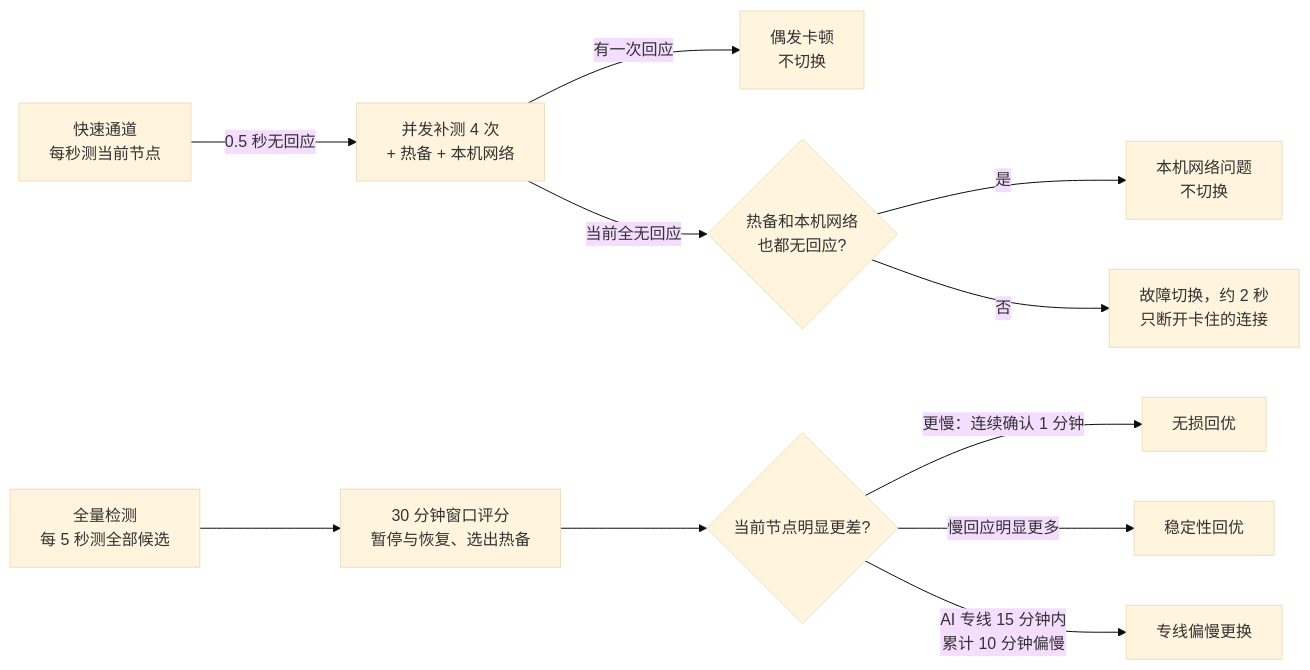
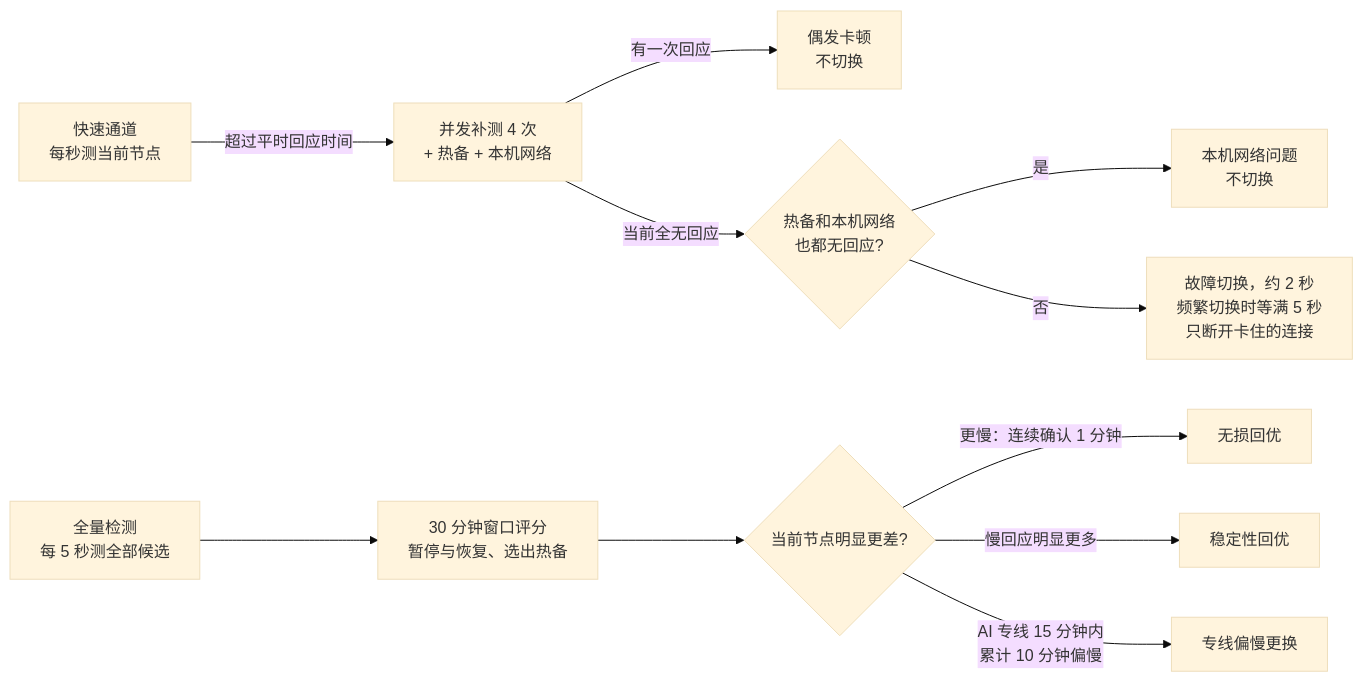
Before and after one commit to z13141557217-web/steadyroute: the diagram in README.md, drawn with Mermaid (base theme). The commit also changed other lines of this file and 22 other files, not shown here.

````diff
--- a/README.md
+++ b/README.md
@@ -125,13 +125,13 @@
 ```mermaid
 flowchart LR
-    A[快速通道<br/>每秒测当前节点] -->|0.5 秒无回应| B[并发补测 4 次<br/>+ 热备 + 本机网络]
+    A[快速通道<br/>每秒测当前节点] -->|超过平时回应时间| B[并发补测 4 次<br/>+ 热备 + 本机网络]
     B -->|有一次回应| K[偶发卡顿<br/>不切换]
     B -->|当前全无回应| C{热备和本机网络<br/>也都无回应?}
     C -->|是| D[本机网络问题<br/>不切换]
-    C -->|否| E[故障切换，约 2 秒<br/>只断开卡住的连接]
+    C -->|否| E[故障切换，约 2 秒<br/>频繁切换时等满 5 秒<br/>只断开卡住的连接]
     F[全量检测<br/>每 5 秒测全部候选] --> G[30 分钟窗口评分<br/>暂停与恢复、选出热备]
     G --> H{当前节点明显更差?}
     H -->|更慢：连续确认 1 分钟| I[无损回优]
     H -->|慢回应明显更多| J[稳定性回优]
     H -->|AI 专线 15 分钟内<br/>累计 10 分钟偏慢| L[专线偏慢更换]
 ```
````
